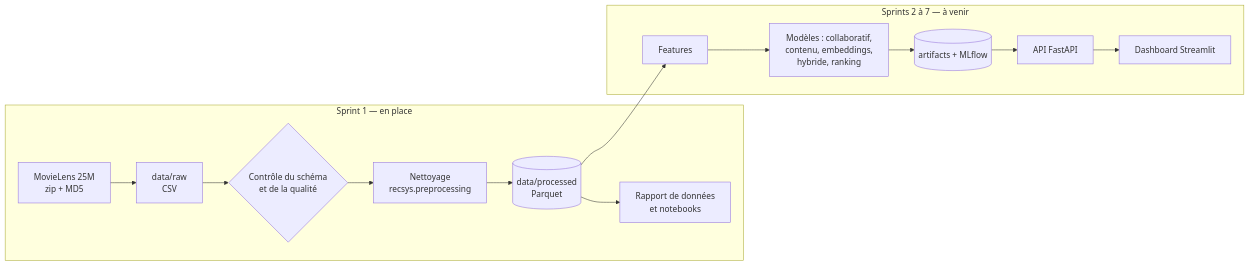
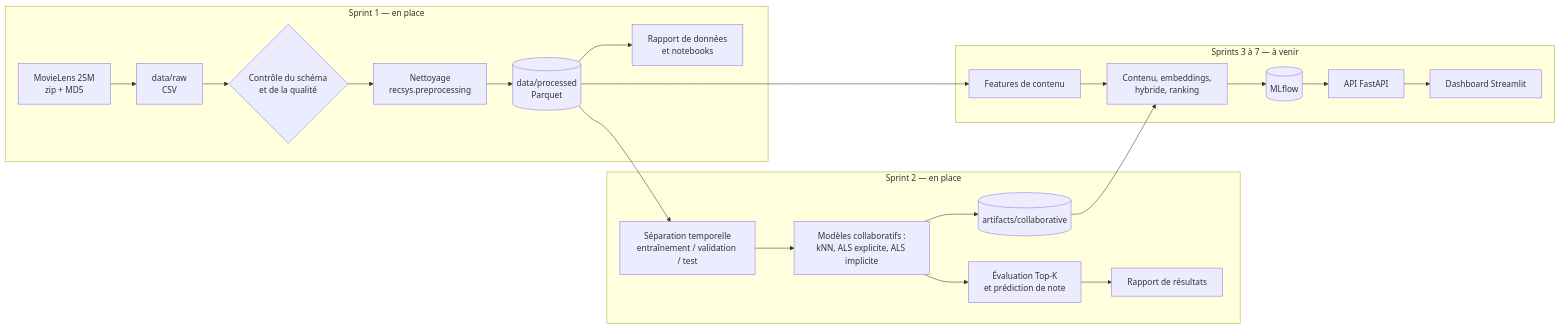
Before and after one commit to Daoudbamba/recommender-system: the diagram in README.md, drawn with Mermaid. The commit also changed other lines of this file and 1 other file, not shown here.

Commit message:
docs: README et Makefile du Sprint 2

````diff
--- a/README.md
+++ b/README.md
@@ -30,17 +30,25 @@
 ```mermaid
 flowchart LR
     subgraph S1["Sprint 1 — en place"]
         A[MovieLens 25M<br/>zip + MD5] --> B[data/raw<br/>CSV]
         B --> C{Contrôle du schéma<br/>et de la qualité}
         C --> D[Nettoyage<br/>recsys.preprocessing]
         D --> E[(data/processed<br/>Parquet)]
         E --> F[Rapport de données<br/>et notebooks]
     end
-    subgraph S2["Sprints 2 à 7 — à venir"]
-        E --> G[Features]
-        G --> H[Modèles : collaboratif,<br/>contenu, embeddings,<br/>hybride, ranking]
-        H --> I[(artifacts + MLflow)]
+    subgraph S2["Sprint 2 — en place"]
+        E --> S[Séparation temporelle<br/>entraînement / validation / test]
+        S --> M[Modèles collaboratifs :<br/>kNN, ALS explicite, ALS implicite]
+        M --> V[Évaluation Top-K<br/>et prédiction de note]
+        M --> AR[(artifacts/collaborative)]
+        V --> R2[Rapport de résultats]
+    end
+    subgraph S3["Sprints 3 à 7 — à venir"]
+        E --> G[Features de contenu]
+        G --> H[Contenu, embeddings,<br/>hybride, ranking]
+        AR --> H
+        H --> I[(MLflow)]
         I --> J[API FastAPI]
         J --> K[Dashboard Streamlit]
     end
 ```
````
